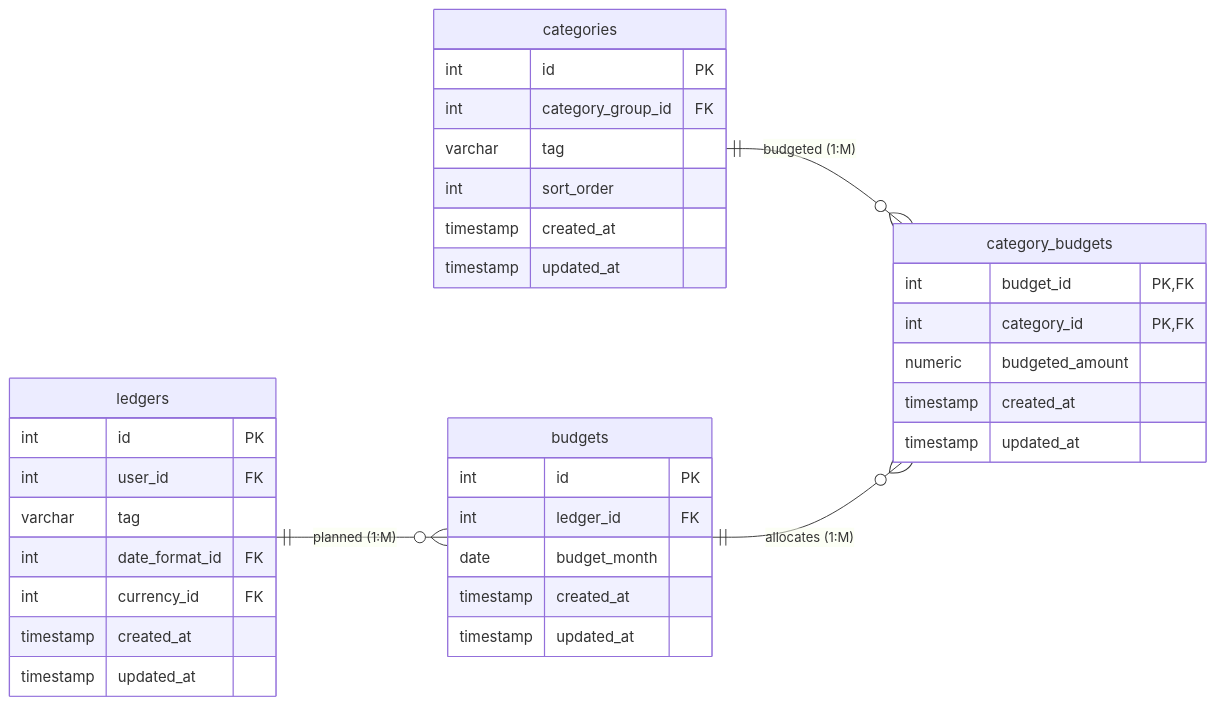
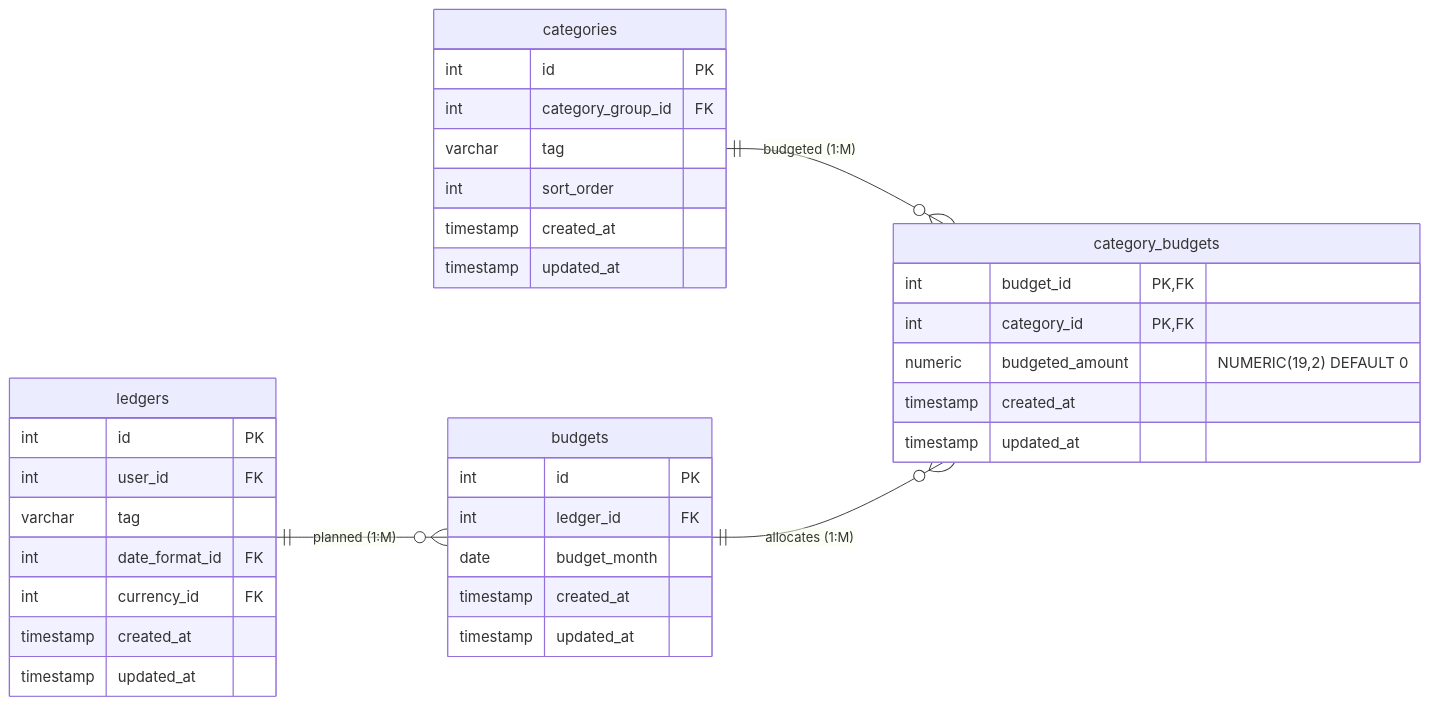
Diagram 11 of 11 in database/docs/table_relationships.md (tiagopaispereira/ledger-to-invest), drawn with Mermaid before and after one commit. The commit also changed other lines of this file, not shown here.

````diff
--- a/database/docs/table_relationships.md
+++ b/database/docs/table_relationships.md
@@ -672,42 +639,42 @@
 ```mermaid
 erDiagram
     direction LR
     ledgers {
         int id PK
         int user_id FK
         varchar tag
         int date_format_id FK
         int currency_id FK
         timestamp created_at
         timestamp updated_at
     }
     
     categories {
         int id PK
         int category_group_id FK
         varchar tag
         int sort_order
         timestamp created_at
         timestamp updated_at
     }
 
     budgets {
         int id PK
         int ledger_id FK
         date budget_month
         timestamp created_at
         timestamp updated_at
     }
     
     category_budgets {
         int budget_id PK, FK
         int category_id PK, FK
-        numeric budgeted_amount
+        numeric budgeted_amount "NUMERIC(19,2) DEFAULT 0"
         timestamp created_at
         timestamp updated_at
     }
 
     ledgers ||--o{ budgets : "planned (1:M)"
     categories ||--o{ category_budgets : "budgeted (1:M)"
     budgets ||--o{ category_budgets : "allocates (1:M)"
 ```
````
